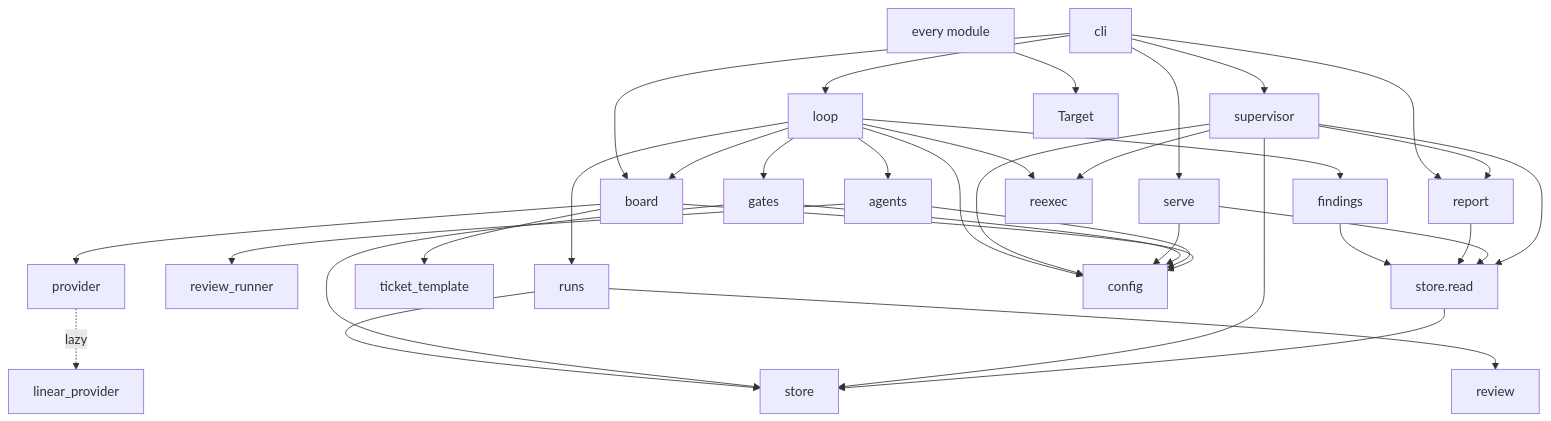
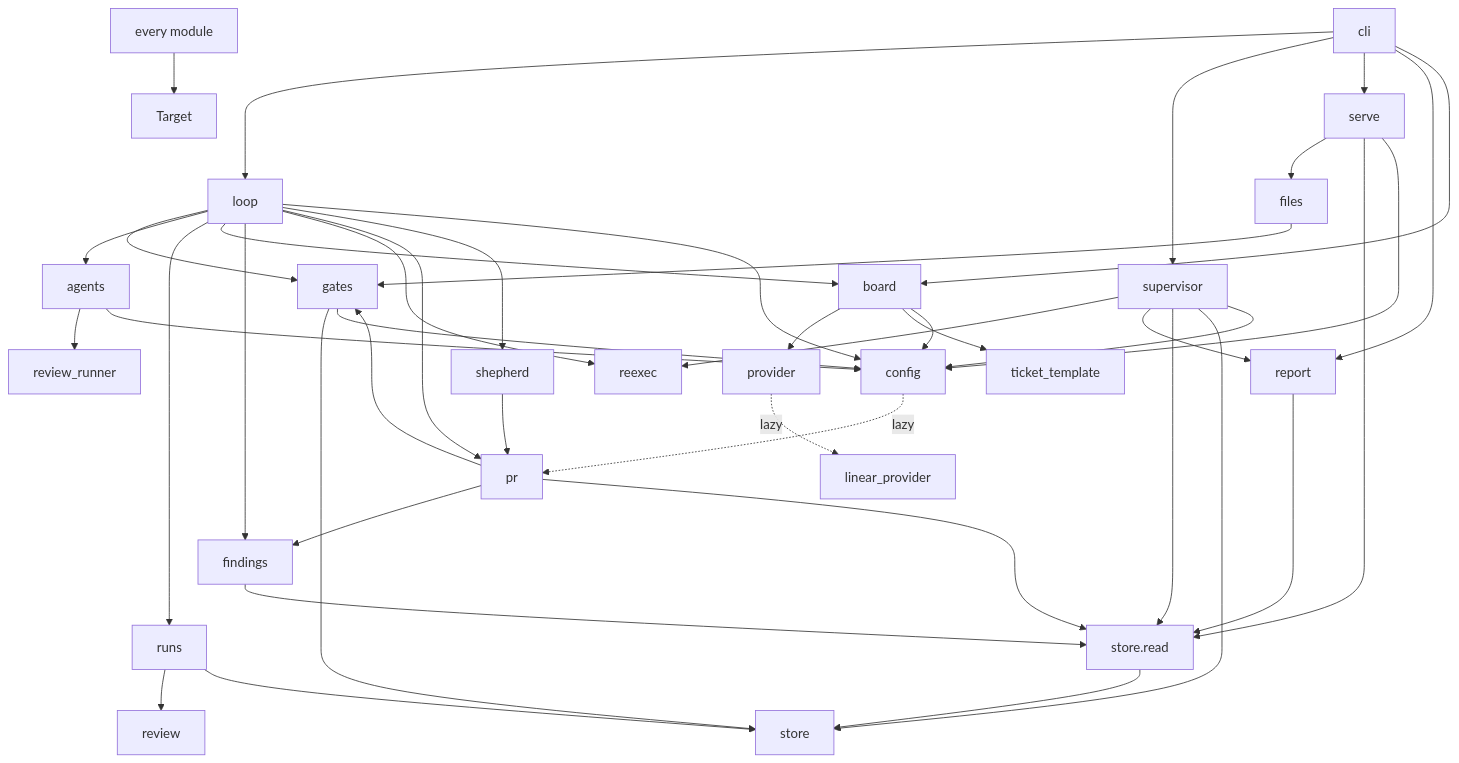
The diagram in docs/architecture/components.md (wevial/holophyte), drawn with Mermaid before and after one commit. The commit also changed other lines of this file and 1 other file, not shown here.

First line of the commit message:
KO-318: config page and components page list every table and key the factory reads

````diff
--- a/docs/architecture/components.md
+++ b/docs/architecture/components.md
@@ -27,36 +27,45 @@
 ```mermaid
 flowchart TB
   cli[cli] --> loop
   cli --> supervisor
   cli --> serve
   cli --> report
   cli --> board
   loop --> gates
   loop --> agents
   loop --> runs
   loop --> board
   loop --> findings
   loop --> reexec
+  loop --> pr
+  loop --> shepherd
+  shepherd --> pr
+  pr --> findings
+  pr --> gates
+  pr --> read
+  files --> gates
+  serve --> files
+  config -.lazy.-> pr
   supervisor --> reexec
   supervisor --> report
   agents --> review_runner[review_runner]
   runs --> review
   runs --> store
   gates --> store
   board --> provider
   board --> ticket_template[ticket_template]
   provider -.lazy.-> linear_provider[linear_provider]
   findings --> read[store.read]
   report --> read
   serve --> read
   supervisor --> read
   supervisor --> store
   read --> store
   loop --> config
   supervisor --> config
   serve --> config
   gates --> config
   agents --> config
   board --> config
   everything[every module] --> target[Target]
 ```
````
